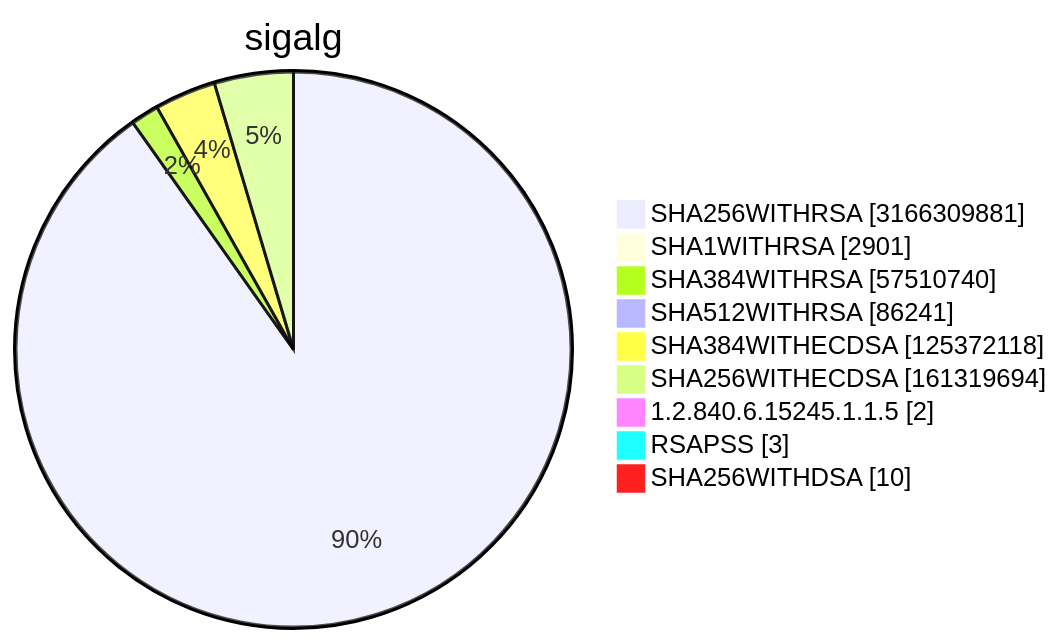
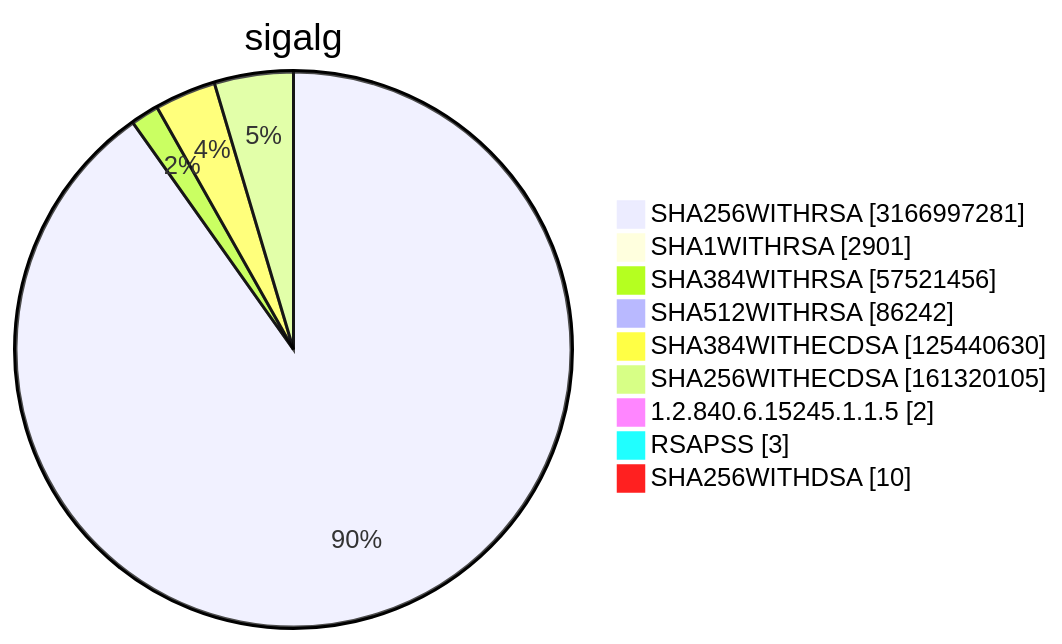
Diagram 15 of 15 in TOTAL/README.md (christiankrug/ctmonitor_visualization), drawn with Mermaid before and after one commit. The commit also changed other lines of this file, not shown here.

````diff
--- a/TOTAL/README.md
+++ b/TOTAL/README.md
@@ -6215,13 +6215,13 @@
 ```mermaid
 pie showData
 title sigalg
-"SHA256WITHRSA" :3166309881
+"SHA256WITHRSA" :3166997281
 "SHA1WITHRSA" :2901
-"SHA384WITHRSA" :57510740
-"SHA512WITHRSA" :86241
-"SHA384WITHECDSA" :125372118
-"SHA256WITHECDSA" :161319694
+"SHA384WITHRSA" :57521456
+"SHA512WITHRSA" :86242
+"SHA384WITHECDSA" :125440630
+"SHA256WITHECDSA" :161320105
 "1.2.840.6.15245.1.1.5" :2
 "RSAPSS" :3
 "SHA256WITHDSA" :10
 ```
````
